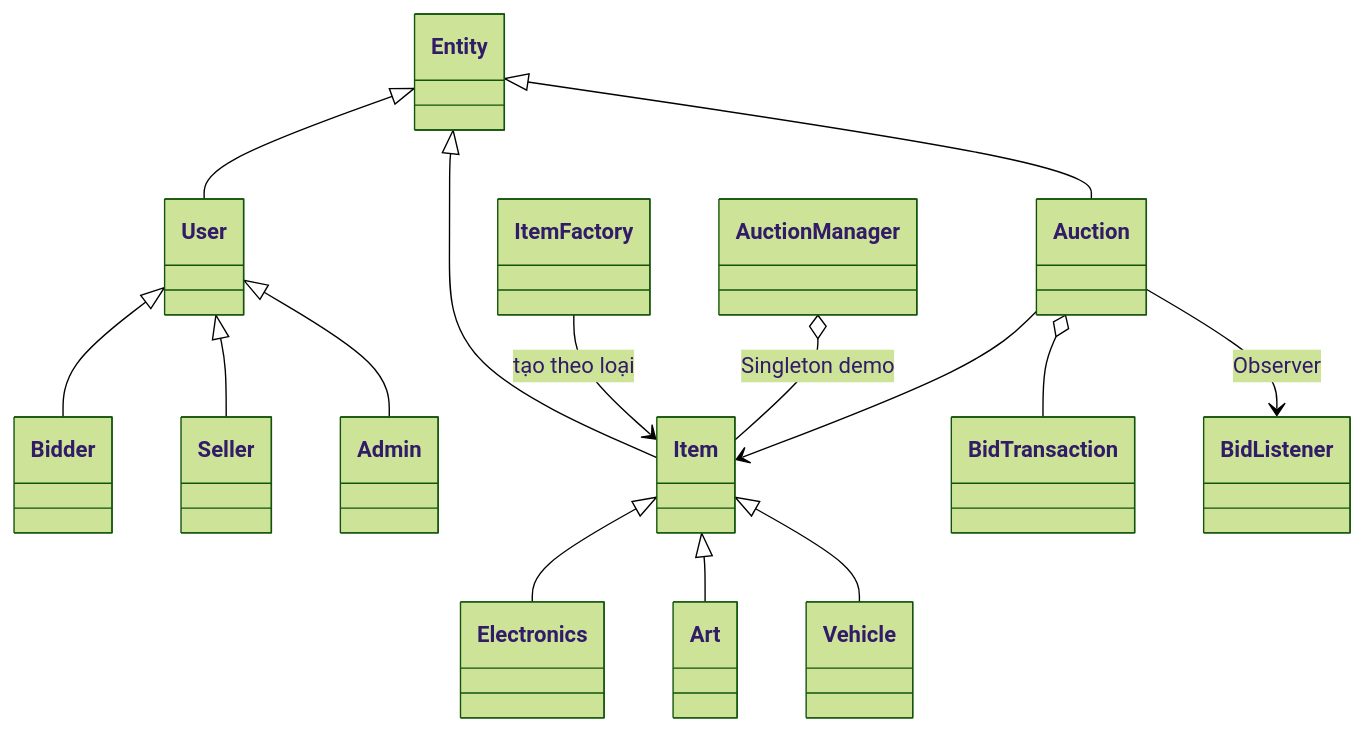
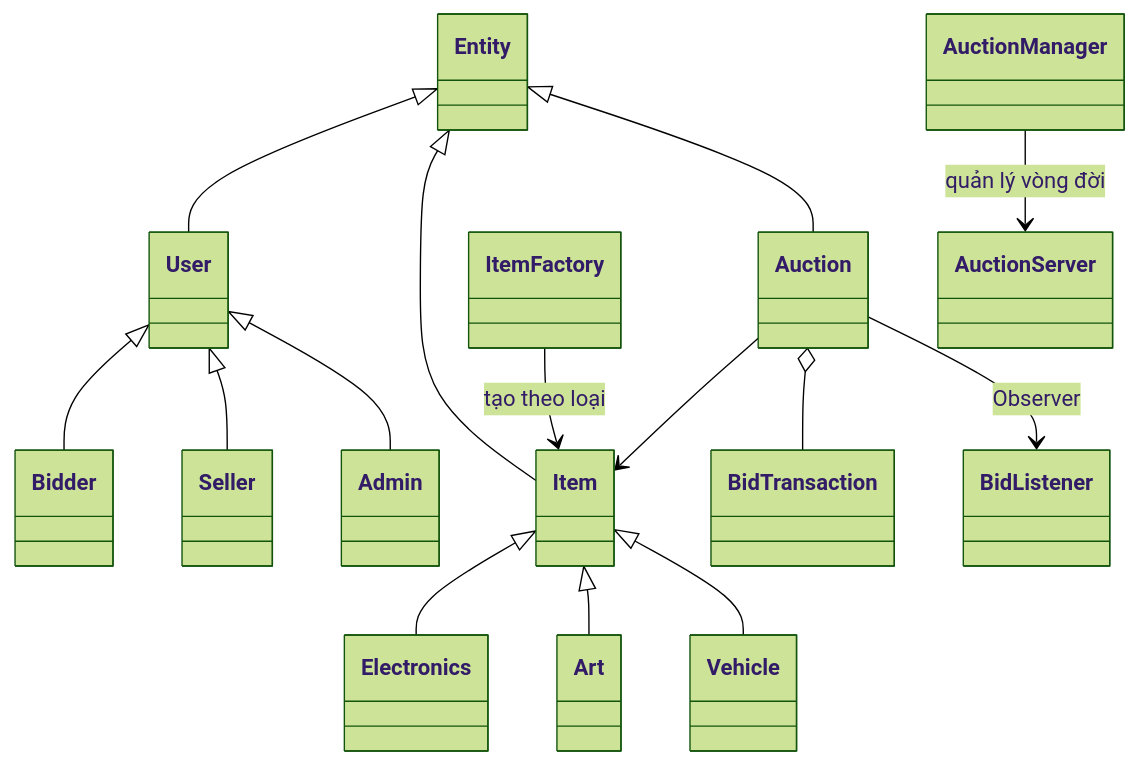
Before and after one commit to lphucxyz-alt/auction-system: the second of 2 diagrams in docs/architecture.md, drawn with Mermaid (forest theme). The commit also changed other lines of this file and 56 other files, not shown here.

````diff
--- a/docs/architecture.md
+++ b/docs/architecture.md
@@ -44,17 +45,17 @@
 ```mermaid
 classDiagram
   Entity <|-- User
   User <|-- Bidder
   User <|-- Seller
   User <|-- Admin
   Entity <|-- Item
   Item <|-- Electronics
   Item <|-- Art
   Item <|-- Vehicle
   Entity <|-- Auction
   Auction --> Item
   Auction o-- BidTransaction
   Auction --> BidListener : Observer
   ItemFactory --> Item : tạo theo loại
-  AuctionManager o-- Item : Singleton demo
+  AuctionManager --> AuctionServer : quản lý vòng đời
 ```
````
